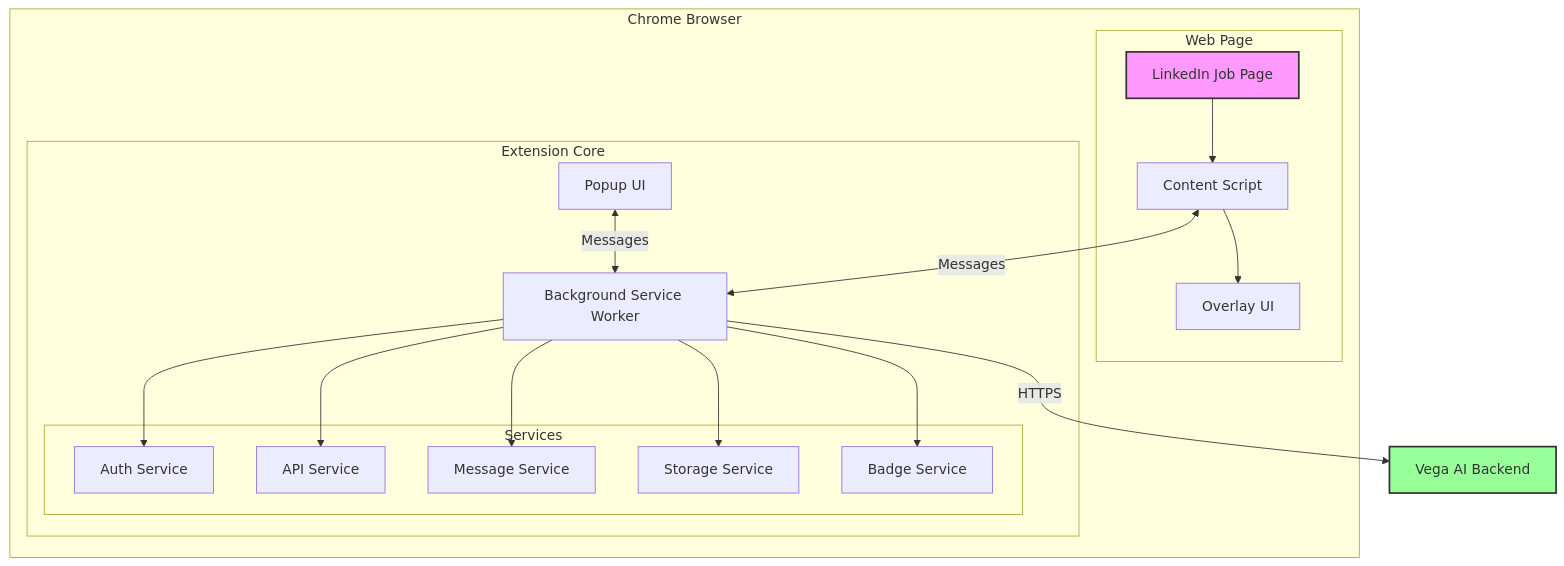
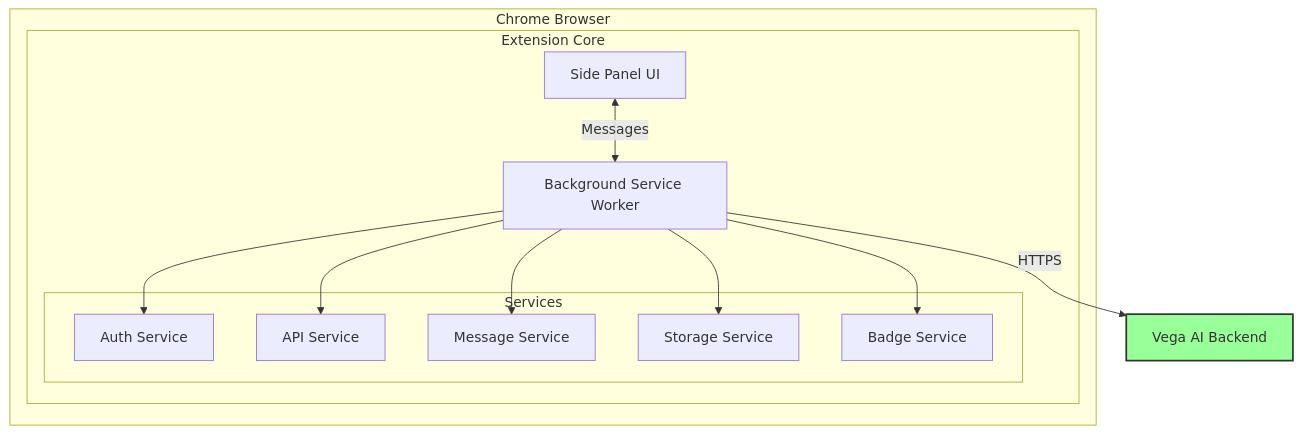
The first of 3 diagrams in docs/TECHNICAL_DESIGN.md (benidevo/vega-ai-extension), drawn with Mermaid before and after one commit. The commit also changed other lines of this file and 36 other files, not shown here.

Commit message:
feat: side panel UI revamp and generic job capture (#25)

````diff
--- a/docs/TECHNICAL_DESIGN.md
+++ b/docs/TECHNICAL_DESIGN.md
@@ -13,39 +7,29 @@
 ```mermaid
 graph TB
     subgraph "Chrome Browser"
-        subgraph "Web Page"
-            LP[LinkedIn Job Page]
-            CS[Content Script]
-            OV[Overlay UI]
-            LP --> CS
-            CS --> OV
-        end
-
         subgraph "Extension Core"
-            POP[Popup UI]
+            SP[Side Panel UI]
             BG[Background Service Worker]
 
             subgraph "Services"
                 AUTH[Auth Service]
                 API[API Service]
                 MSG[Message Service]
                 STOR[Storage Service]
                 BADGE[Badge Service]
             end
 
             BG --> AUTH
             BG --> API
             BG --> MSG
             BG --> STOR
             BG --> BADGE
         end
 
-        CS <-->|Messages| BG
-        POP <-->|Messages| BG
+        SP <-->|Messages| BG
     end
 
     BG -->|HTTPS| BACKEND[Vega AI Backend]
 
-    style LP fill:#f9f,stroke:#333,stroke-width:2px
     style BACKEND fill:#9f9,stroke:#333,stroke-width:2px
 ```
````
